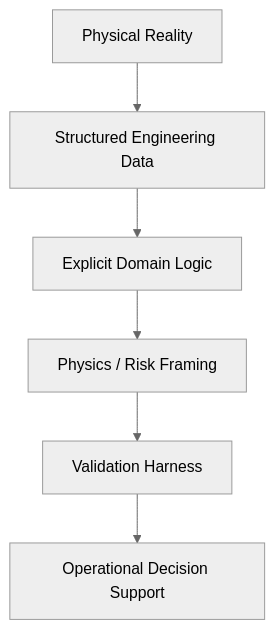
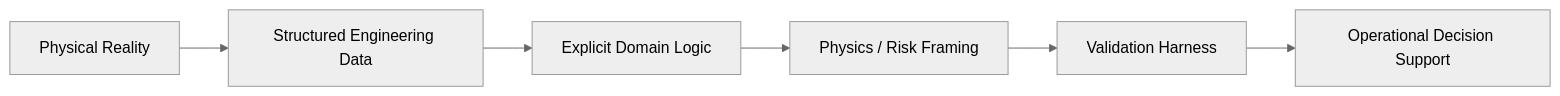
The diagram in README.md (felipearocha/felipearocha), drawn with Mermaid (neutral theme) before and after one commit. The commit also changed other lines of this file, not shown here.

````diff
--- a/README.md
+++ b/README.md
@@ -49,8 +93,8 @@
 ```mermaid
-flowchart TD
+flowchart LR
     A[Physical Reality] --> B[Structured Engineering Data]
     B --> C[Explicit Domain Logic]
     C --> D[Physics / Risk Framing]
     D --> E[Validation Harness]
     E --> F[Operational Decision Support]
 ```
````
